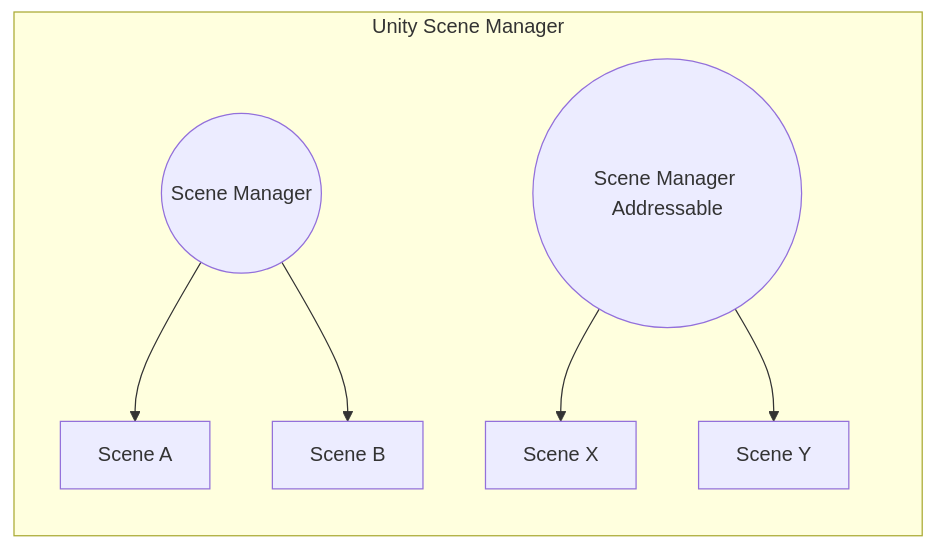
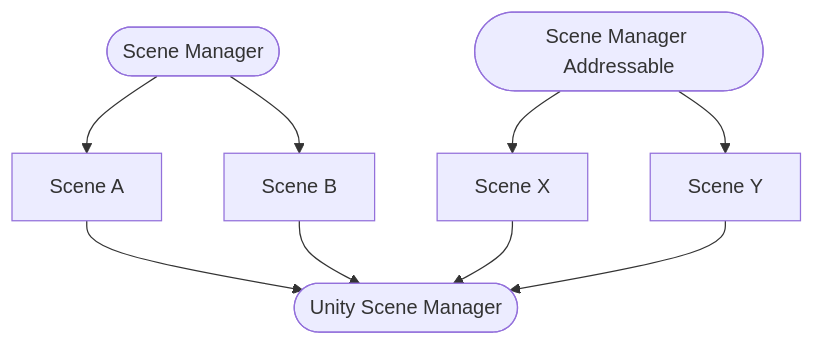
One commit to mygamedevtools/scene-loader changed the second of 2 diagrams in README.md. Above: the diagram before and after it, drawn with Mermaid. The commit also changed other lines of this file and 44 other files, not shown here.

````diff
--- a/README.md
+++ b/README.md
@@ -156,9 +185,13 @@
 ```mermaid
-flowchart RL
-    subgraph usm [Unity Scene Manager]
-    a1((Scene Manager)) --> b1[Scene A]
-    a1 --> b2[Scene B]
-    a2((Scene Manager Addressable)) --> c1[Scene X]
-    a2 --> c2[Scene Y]
-    end
+flowchart TB
+    sm([Scene Manager]) --> s_a[Scene A]
+    sm --> s_b[Scene B]
+    sma([Scene Manager Addressable]) --> s_x[Scene X]
+    sma --> s_y[Scene Y]
+
+    usm([Unity Scene Manager])
+    s_a --> usm
+    s_b --> usm
+    s_x --> usm
+    s_y --> usm
 ```
````
